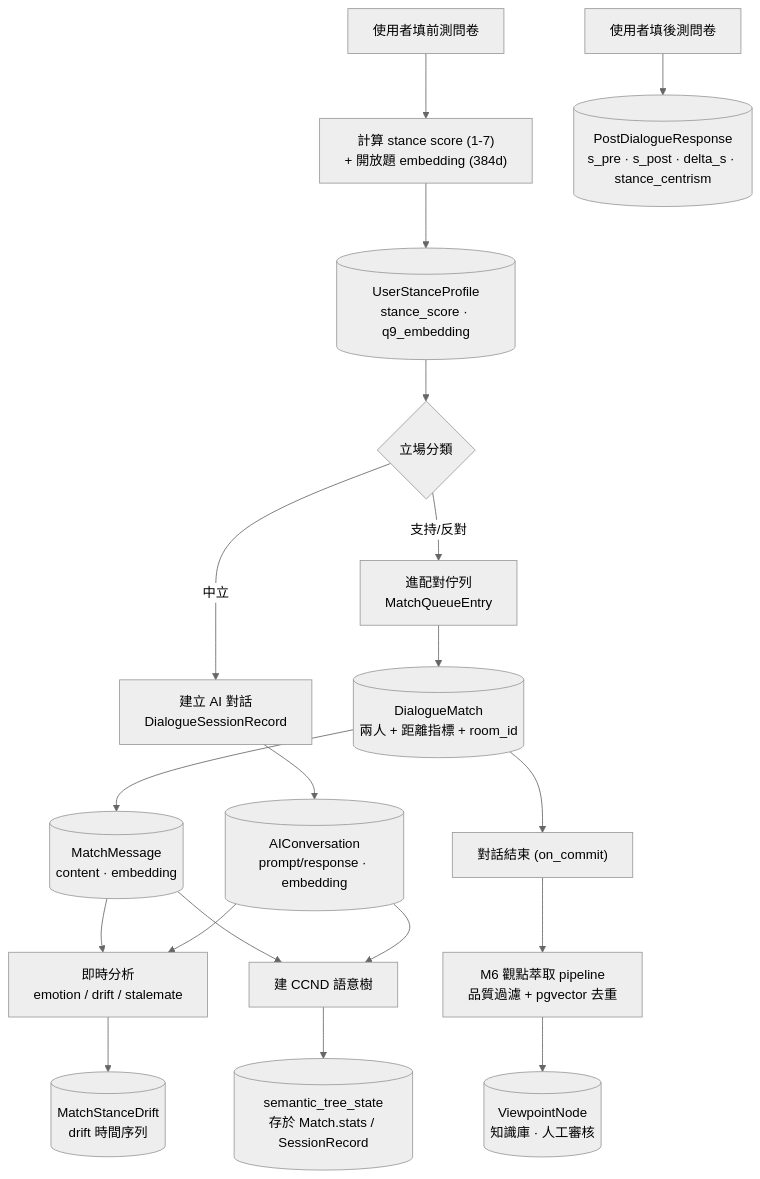
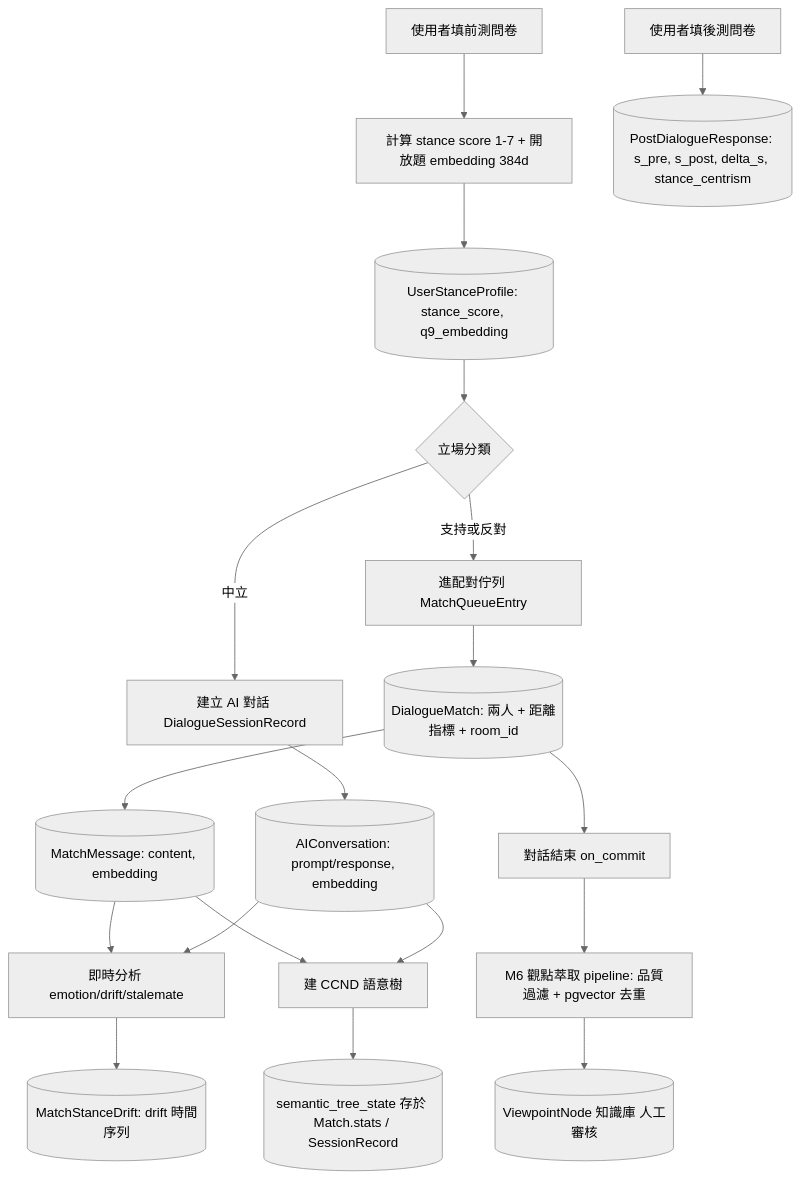
Before and after one commit to Ceeeuu/TakeAbridge-Portfolio: the third of 6 diagrams in ARCHITECTURE.md, drawn with Mermaid (neutral theme). The commit also changed other lines of this file, not shown here.

Commit message:
fix(docs): rewrite mermaid diagrams with widely-compatible syntax

````diff
--- a/ARCHITECTURE.md
+++ b/ARCHITECTURE.md
@@ -104,27 +104,27 @@
 ```mermaid
 flowchart TD
-    A["使用者填前測問卷"] --> B["計算 stance score (1-7)<br/>+ 開放題 embedding (384d)"]
-    B --> C[("UserStanceProfile<br/>stance_score · q9_embedding")]
+    A["使用者填前測問卷"] --> B["計算 stance score 1-7 + 開放題 embedding 384d"]
+    B --> C[("UserStanceProfile: stance_score, q9_embedding")]
 
     C --> D{"立場分類"}
-    D -->|支持/反對| E["進配對佇列<br/>MatchQueueEntry"]
-    D -->|中立| F["建立 AI 對話<br/>DialogueSessionRecord"]
+    D -->|支持或反對| E["進配對佇列 MatchQueueEntry"]
+    D -->|中立| F["建立 AI 對話 DialogueSessionRecord"]
 
-    E --> G[("DialogueMatch<br/>兩人 + 距離指標 + room_id")]
-    G --> H[("MatchMessage<br/>content · embedding")]
-    F --> I[("AIConversation<br/>prompt/response · embedding")]
+    E --> G[("DialogueMatch: 兩人 + 距離指標 + room_id")]
+    G --> H[("MatchMessage: content, embedding")]
+    F --> I[("AIConversation: prompt/response, embedding")]
 
-    H --> J["即時分析<br/>emotion / drift / stalemate"]
+    H --> J["即時分析 emotion/drift/stalemate"]
     I --> J
-    J --> K[("MatchStanceDrift<br/>drift 時間序列")]
+    J --> K[("MatchStanceDrift: drift 時間序列")]
 
     H --> L["建 CCND 語意樹"]
     I --> L
-    L --> M[("semantic_tree_state<br/>存於 Match.stats / SessionRecord")]
+    L --> M[("semantic_tree_state 存於 Match.stats / SessionRecord")]
 
-    G --> N["對話結束 (on_commit)"]
-    N --> O["M6 觀點萃取 pipeline<br/>品質過濾 + pgvector 去重"]
-    O --> P[("ViewpointNode<br/>知識庫 · 人工審核")]
+    G --> N["對話結束 on_commit"]
+    N --> O["M6 觀點萃取 pipeline: 品質過濾 + pgvector 去重"]
+    O --> P[("ViewpointNode 知識庫 人工審核")]
 
-    A2["使用者填後測問卷"] --> Q[("PostDialogueResponse<br/>s_pre · s_post · delta_s · stance_centrism")]
+    A2["使用者填後測問卷"] --> Q[("PostDialogueResponse: s_pre, s_post, delta_s, stance_centrism")]
 ```
````
